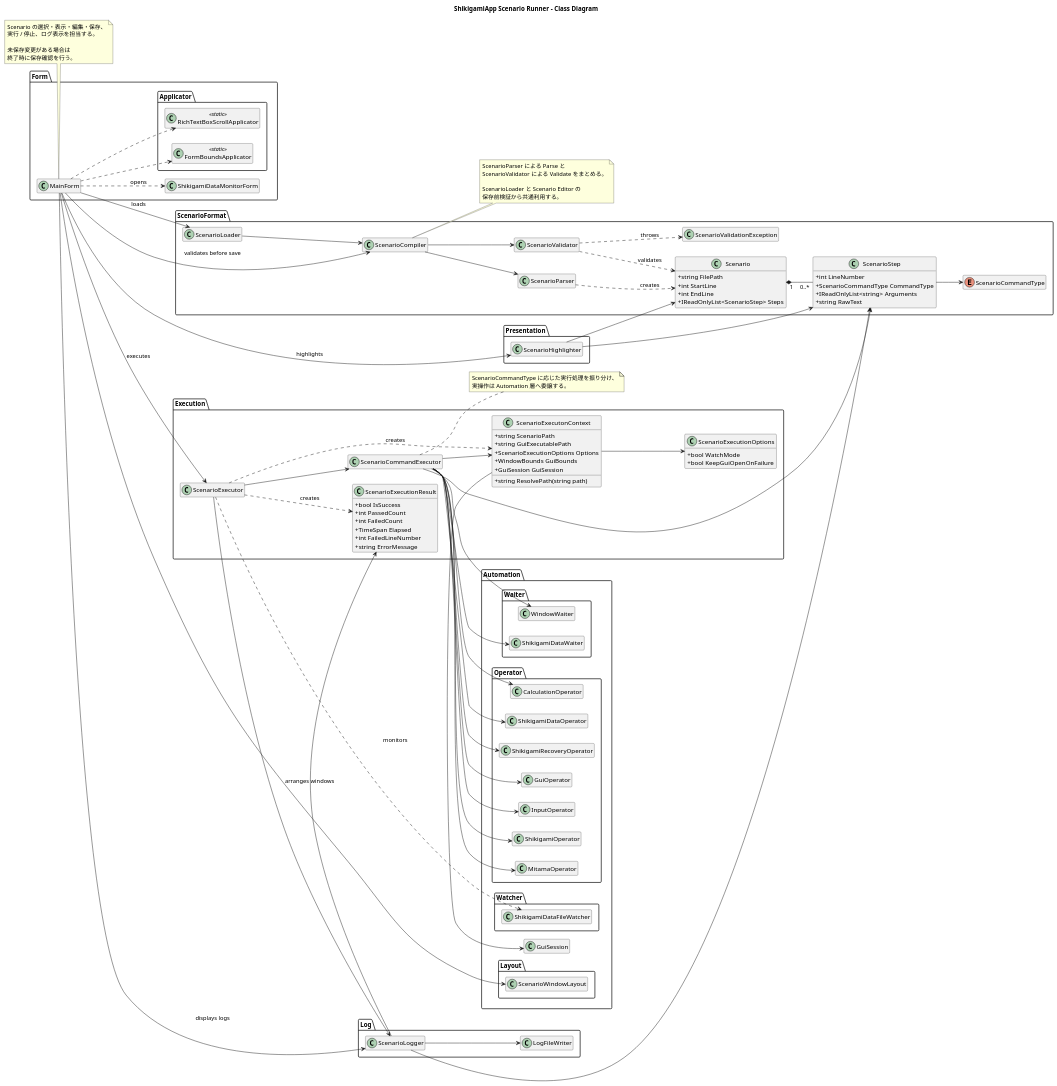
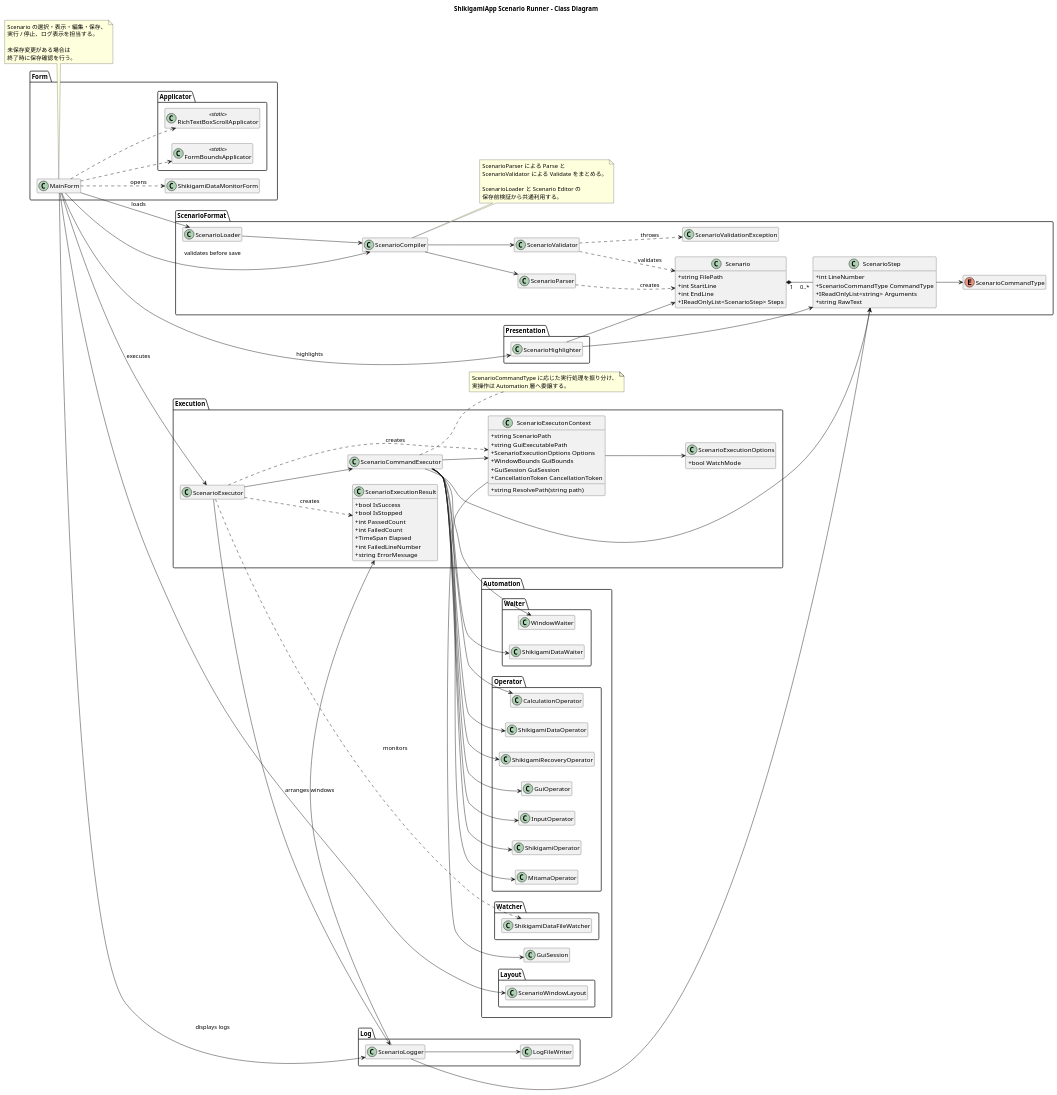
The diagram in Document/ScenarioRunner/Diagram/class_diagram.wsd (Staraptor0398/ShikigamiStatusCalculator), drawn with PlantUML before and after one commit. The commit also changed 1 other file, not shown here.

Commit message:
Update Scenario Runner class diagram

```diff
--- a/Document/ScenarioRunner/Diagram/class_diagram.wsd
+++ b/Document/ScenarioRunner/Diagram/class_diagram.wsd
@@ -1,189 +1,190 @@
 @startuml
 
 title ShikigamiApp Scenario Runner - Class Diagram
 
 skinparam classAttributeIconSize 0
 hide empty members
 left to right direction
 
 package "Form" {
 class MainForm
 class ShikigamiDataMonitorForm
 
 package "Applicator" {
 class FormBoundsApplicator <<static>>
 class RichTextBoxScrollApplicator <<static>>
 }
 }
 
 package "ScenarioFormat" {
 class Scenario {
 + string FilePath
 + int StartLine
 + int EndLine
 + IReadOnlyList<ScenarioStep> Steps
 }
 
 class ScenarioStep {
 + int LineNumber
 + ScenarioCommandType CommandType
 + IReadOnlyList<string> Arguments
 + string RawText
 }
 
 enum ScenarioCommandType
 
 class ScenarioLoader
 class ScenarioCompiler
 class ScenarioParser
 class ScenarioValidator
 class ScenarioValidationException
 }
 
 package "Execution" {
 class ScenarioExecutor
 class ScenarioCommandExecutor
 
 class ScenarioExecutonContext {
 + string ScenarioPath
 + string GuiExecutablePath
 + ScenarioExecutionOptions Options
 + WindowBounds GuiBounds
 + GuiSession GuiSession
++ CancellationToken CancellationToken
 + string ResolvePath(string path)
 }
 
 class ScenarioExecutionOptions {
 + bool WatchMode
-+ bool KeepGuiOpenOnFailure
 }
 
 class ScenarioExecutionResult {
 + bool IsSuccess
++ bool IsStopped
 + int PassedCount
 + int FailedCount
 + TimeSpan Elapsed
 + int FailedLineNumber
 + string ErrorMessage
 }
 }
 
 package "Automation" {
 class GuiSession
 
 package "Layout" {
 class ScenarioWindowLayout
 }
 
 package "Operator" {
 class GuiOperator
 class InputOperator
 class ShikigamiOperator
 class MitamaOperator
 class CalculationOperator
 class ShikigamiDataOperator
 class ShikigamiRecoveryOperator
 }
 
 package "Waiter" {
 class WindowWaiter
 class ShikigamiDataWaiter
 }
 
 package "Watcher" {
 class ShikigamiDataFileWatcher
 }
 }
 
 package "Presentation" {
 class ScenarioHighlighter
 }
 
 package "Log" {
 class ScenarioLogger
 class LogFileWriter
 }
 
 ' ========================================
 ' Form
 ' ========================================
 MainForm --> ScenarioLoader : loads
 MainForm --> ScenarioCompiler : validates before save
 MainForm --> ScenarioExecutor : executes
 MainForm --> ScenarioLogger : displays logs
 MainForm --> ScenarioHighlighter : highlights
 MainForm --> ScenarioWindowLayout : arranges windows
 MainForm ..> FormBoundsApplicator
 MainForm ..> RichTextBoxScrollApplicator
 MainForm ..> ShikigamiDataMonitorForm : opens
 
 ' ========================================
 ' ScenarioFormat
 ' ========================================
 ScenarioLoader --> ScenarioCompiler
 ScenarioCompiler --> ScenarioParser
 ScenarioCompiler --> ScenarioValidator
 
 Scenario "1" *-- "0..*" ScenarioStep
 ScenarioStep --> ScenarioCommandType
 
 ScenarioParser ..> Scenario : creates
 ScenarioValidator ..> Scenario : validates
 ScenarioValidator ..> ScenarioValidationException : throws
 
 ' ========================================
 ' Execution
 ' ========================================
 ScenarioExecutor --> ScenarioCommandExecutor
 ScenarioExecutor --> ScenarioLogger
 ScenarioExecutor ..> ScenarioExecutonContext : creates
 ScenarioExecutor ..> ScenarioExecutionResult : creates
 ScenarioExecutor ..> ShikigamiDataFileWatcher : monitors
 
 ScenarioCommandExecutor --> ScenarioStep
 ScenarioCommandExecutor --> ScenarioExecutonContext
 ScenarioCommandExecutor --> GuiOperator
 ScenarioCommandExecutor --> InputOperator
 ScenarioCommandExecutor --> ShikigamiOperator
 ScenarioCommandExecutor --> MitamaOperator
 ScenarioCommandExecutor --> CalculationOperator
 ScenarioCommandExecutor --> ShikigamiDataOperator
 ScenarioCommandExecutor --> ShikigamiRecoveryOperator
 ScenarioCommandExecutor --> WindowWaiter
 ScenarioCommandExecutor --> ShikigamiDataWaiter
 
 ScenarioExecutonContext --> GuiSession
 ScenarioExecutonContext --> ScenarioExecutionOptions
 
 ' ========================================
 ' Presentation / Log
 ' ========================================
 ScenarioHighlighter --> Scenario
 ScenarioHighlighter --> ScenarioStep
 
 ScenarioLogger --> LogFileWriter
 ScenarioLogger --> ScenarioStep
 ScenarioLogger --> ScenarioExecutionResult
 
 note right of ScenarioCompiler
 ScenarioParser による Parse と
 ScenarioValidator による Validate をまとめる。
 
 ScenarioLoader と Scenario Editor の
 保存前検証から共通利用する。
 end note
 
 note bottom of MainForm
 Scenario の選択・表示・編集・保存、
 実行 / 停止、ログ表示を担当する。
 
 未保存変更がある場合は
 終了時に保存確認を行う。
 end note
 
 note right of ScenarioCommandExecutor
 ScenarioCommandType に応じた実行処理を振り分け、
 実操作は Automation 層へ委譲する。
 end note
 
 @enduml
```
